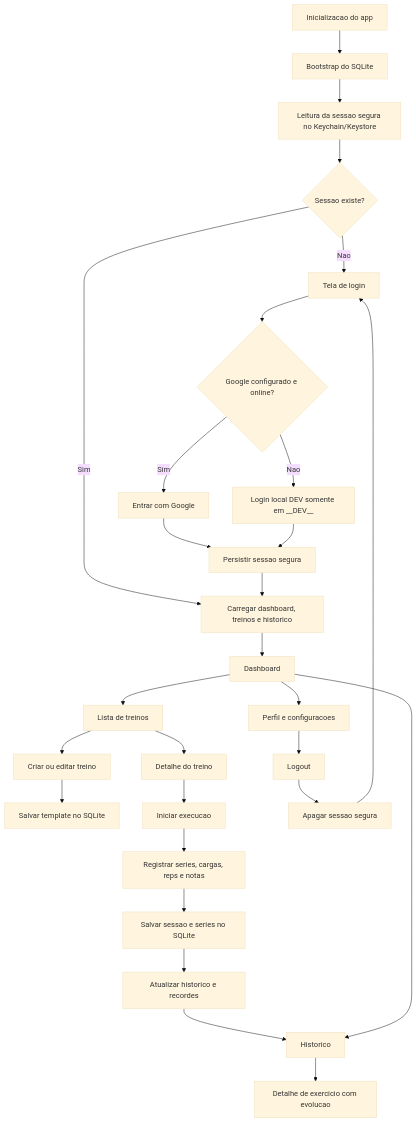
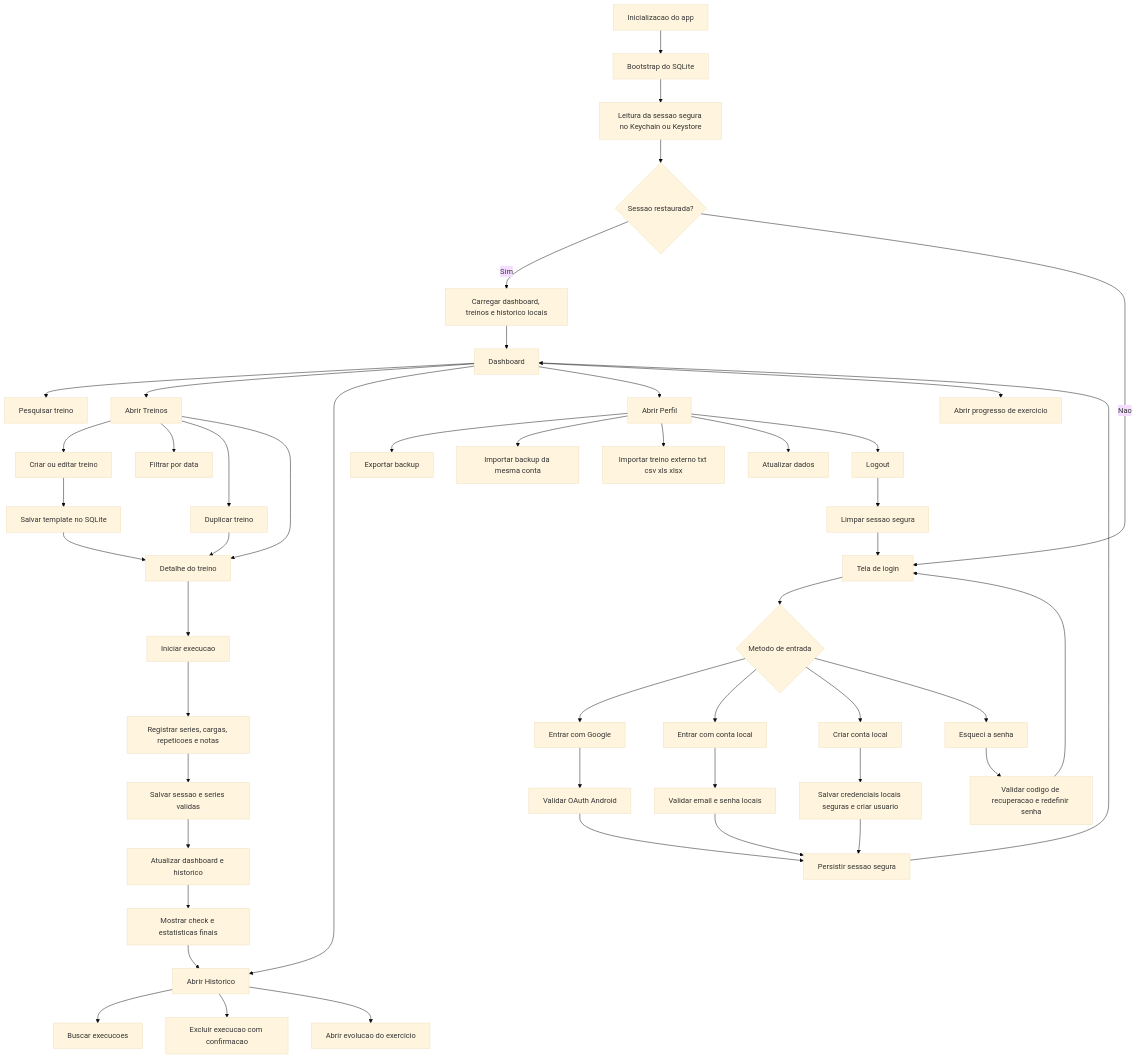
Before and after one commit to Samuellinx/LogGYM: the diagram in README.md, drawn with Mermaid (base theme). The commit also changed other lines of this file, not shown here.

````diff
--- a/README.md
+++ b/README.md
@@ -264,30 +337,59 @@
 ```mermaid
 flowchart TD
     A[Inicializacao do app] --> B[Bootstrap do SQLite]
-    B --> C[Leitura da sessao segura no Keychain/Keystore]
-    C --> D{Sessao existe?}
-    D -- Nao --> E[Tela de login]
-    E --> F{Google configurado e online?}
-    F -- Sim --> G[Entrar com Google]
-    F -- Nao --> H[Login local DEV somente em __DEV__]
-    G --> I[Persistir sessao segura]
-    H --> I
-    D -- Sim --> J[Carregar dashboard, treinos e historico]
-    I --> J
-    J --> K[Dashboard]
-    K --> L[Lista de treinos]
-    L --> M[Criar ou editar treino]
-    M --> N[Salvar template no SQLite]
-    L --> O[Detalhe do treino]
-    O --> P[Iniciar execucao]
-    P --> Q[Registrar series, cargas, reps e notas]
-    Q --> R[Salvar sessao e series no SQLite]
-    R --> S[Atualizar historico e recordes]
-    S --> T[Historico]
-    T --> U[Detalhe de exercicio com evolucao]
-    K --> T
-    K --> V[Perfil e configuracoes]
-    V --> W[Logout]
-    W --> X[Apagar sessao segura]
-    X --> E
+    B --> C[Leitura da sessao segura no Keychain ou Keystore]
+    C --> D{Sessao restaurada?}
+    D -- Sim --> E[Carregar dashboard, treinos e historico locais]
+    D -- Nao --> F[Tela de login]
+
+    F --> G{Metodo de entrada}
+    G --> H[Entrar com Google]
+    G --> I[Entrar com conta local]
+    G --> J[Criar conta local]
+    G --> K[Esqueci a senha]
+
+    H --> L[Validar OAuth Android]
+    L --> M[Persistir sessao segura]
+    I --> N[Validar email e senha locais]
+    J --> O[Salvar credenciais locais seguras e criar usuario]
+    K --> P[Validar codigo de recuperacao e redefinir senha]
+    N --> M
+    O --> M
+    P --> F
+
+    E --> Q[Dashboard]
+    M --> Q
+
+    Q --> R[Pesquisar treino]
+    Q --> S[Abrir Treinos]
+    Q --> T[Abrir Historico]
+    Q --> U[Abrir Perfil]
+    Q --> V[Abrir progresso de exercicio]
+
+    S --> W[Criar ou editar treino]
+    W --> X[Salvar template no SQLite]
+    S --> Y[Filtrar por data]
+    S --> Z[Duplicar treino]
+    S --> AA[Detalhe do treino]
+    Z --> AA
+    X --> AA
+
+    AA --> AB[Iniciar execucao]
+    AB --> AC[Registrar series, cargas, repeticoes e notas]
+    AC --> AD[Salvar sessao e series validas]
+    AD --> AE[Atualizar dashboard e historico]
+    AE --> AF[Mostrar check e estatisticas finais]
+    AF --> T
+
+    T --> AG[Buscar execucoes]
+    T --> AH[Excluir execucao com confirmacao]
+    T --> AI[Abrir evolucao do exercicio]
+
+    U --> AJ[Exportar backup]
+    U --> AK[Importar backup da mesma conta]
+    U --> AL[Importar treino externo txt csv xls xlsx]
+    U --> AM[Atualizar dados]
+    U --> AN[Logout]
+    AN --> AO[Limpar sessao segura]
+    AO --> F
 ```
````
